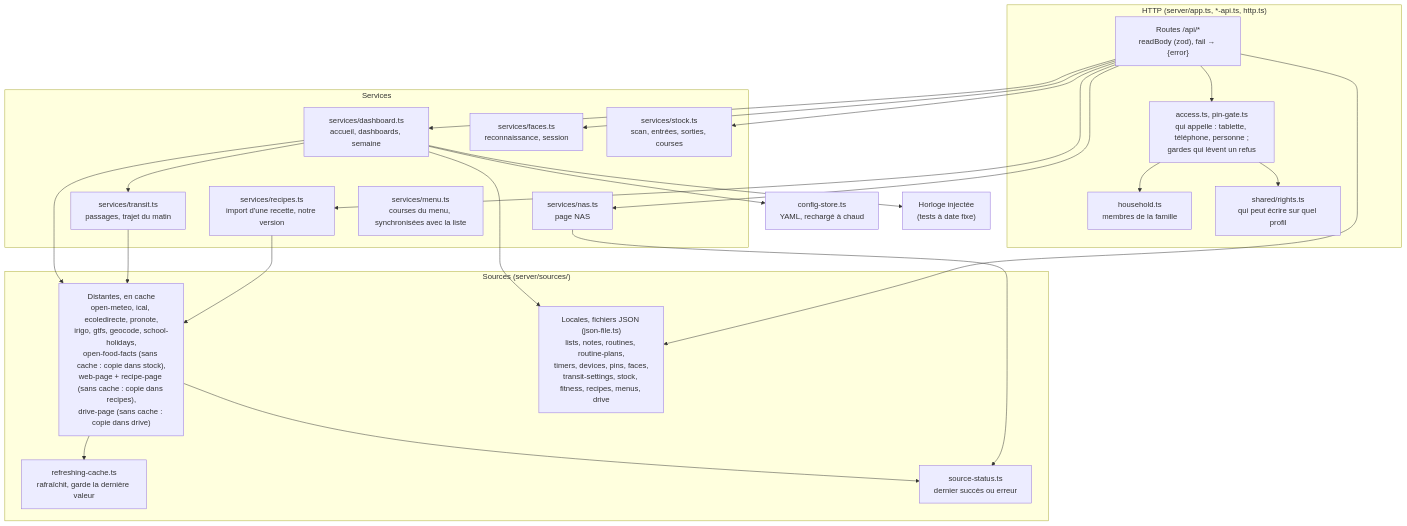
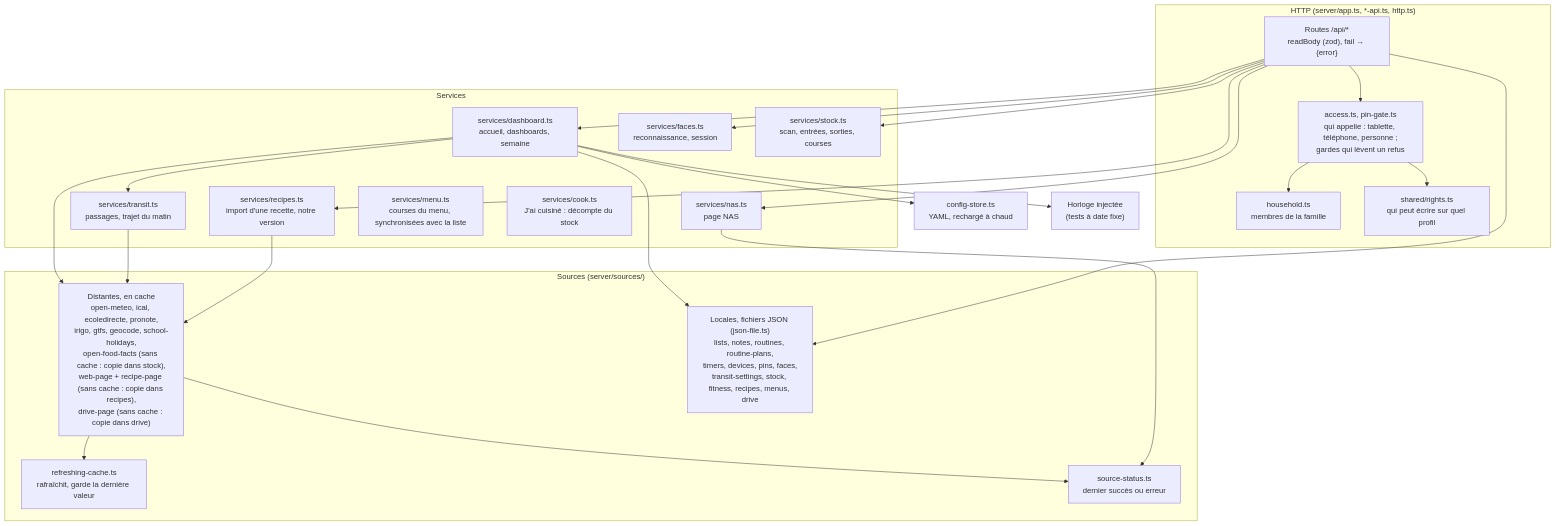
One commit to DeafLight/homehub changed the second of 12 diagrams in docs/architecture.md. Above: the diagram before and after it, drawn with Mermaid. The commit also changed other lines of this file and 47 other files, not shown here.

````diff
--- a/docs/architecture.md
+++ b/docs/architecture.md
@@ -62,39 +62,40 @@
 ```mermaid
 flowchart TB
   subgraph http["HTTP (server/app.ts, *-api.ts, http.ts)"]
     routes["Routes /api/*<br/>readBody (zod), fail → {error}"]
     access["access.ts, pin-gate.ts<br/>qui appelle : tablette, téléphone, personne ;<br/>gardes qui lèvent un refus"]
     household["household.ts<br/>membres de la famille"]
     rights["shared/rights.ts<br/>qui peut écrire sur quel profil"]
   end
   subgraph services["Services"]
     dash["services/dashboard.ts<br/>accueil, dashboards, semaine"]
     transitS["services/transit.ts<br/>passages, trajet du matin"]
     facesS["services/faces.ts<br/>reconnaissance, session"]
     stockS["services/stock.ts<br/>scan, entrées, sorties, courses"]
     nasS["services/nas.ts<br/>page NAS"]
     recipesS["services/recipes.ts<br/>import d'une recette, notre version"]
     menuS["services/menu.ts<br/>courses du menu, synchronisées avec la liste"]
+    cookS["services/cook.ts<br/>J'ai cuisiné : décompte du stock"]
   end
   subgraph sources["Sources (server/sources/)"]
     distant["Distantes, en cache<br/>open-meteo, ical, ecoledirecte, pronote,<br/>irigo, gtfs, geocode, school-holidays,<br/>open-food-facts (sans cache : copie dans stock),<br/>web-page + recipe-page (sans cache : copie dans recipes),<br/>drive-page (sans cache : copie dans drive)"]
     locales["Locales, fichiers JSON (json-file.ts)<br/>lists, notes, routines, routine-plans,<br/>timers, devices, pins, faces,<br/>transit-settings, stock, fitness, recipes, menus, drive"]
     cache["refreshing-cache.ts<br/>rafraîchit, garde la dernière valeur"]
     status["source-status.ts<br/>dernier succès ou erreur"]
   end
   config["config-store.ts<br/>YAML, rechargé à chaud"]
   horloge["Horloge injectée<br/>(tests à date fixe)"]
 
   routes --> access --> rights
   access --> household
   routes --> dash & nasS & facesS & stockS & recipesS
   recipesS --> distant
   dash --> transitS --> distant
   routes --> locales
   dash --> distant & locales
   nasS --> status
   distant --> cache
   distant --> status
   dash --> config
   dash --> horloge
 ```
````
